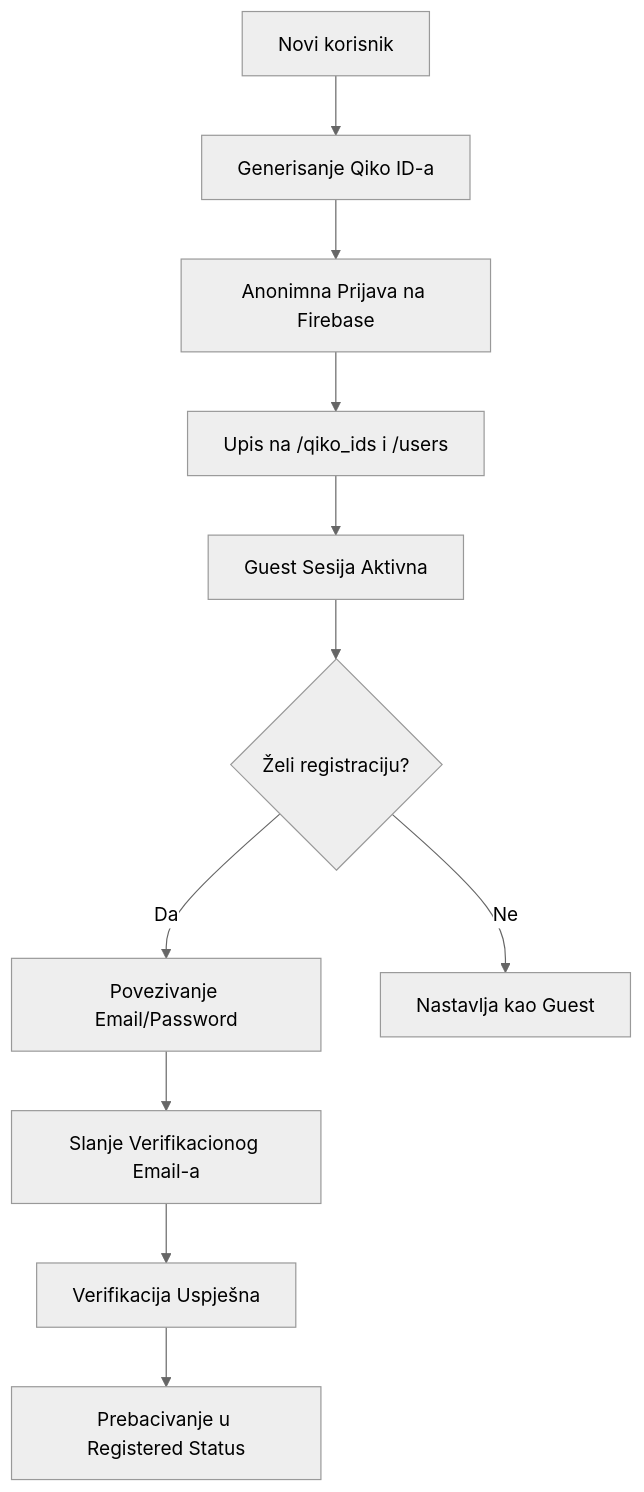
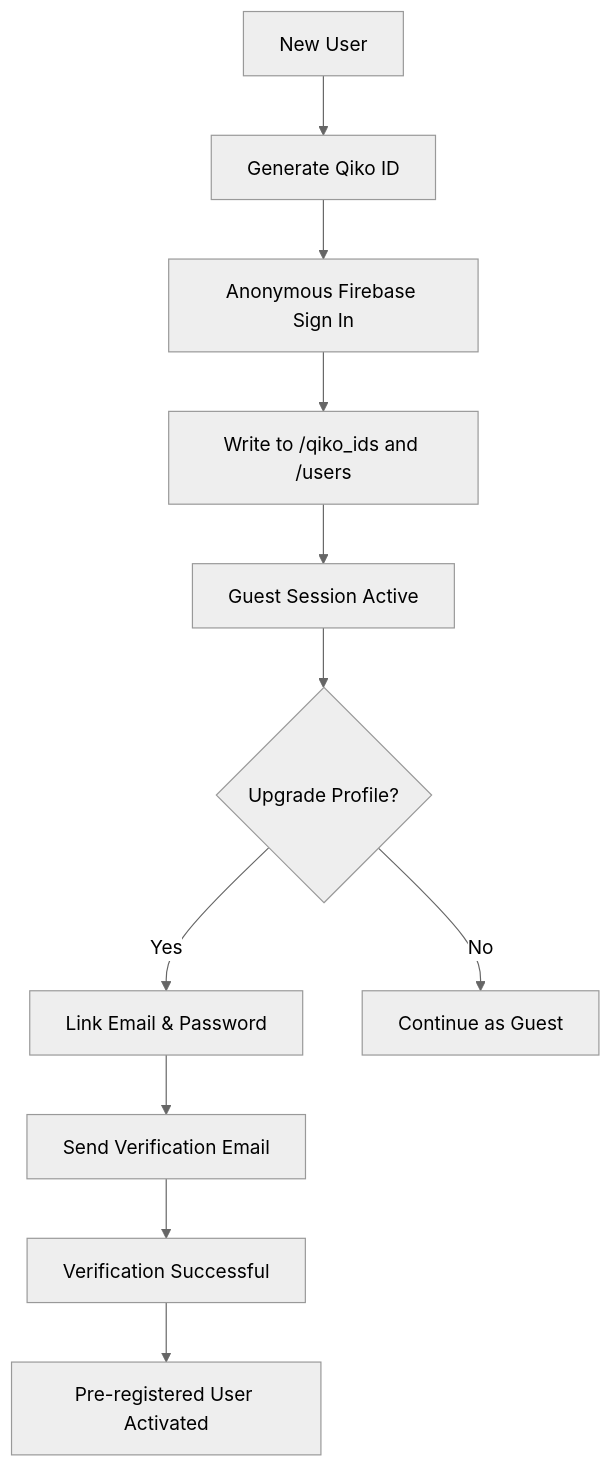
One commit to Iris94/Qiko changed the second of 2 diagrams in guides/architecture.md. Above: the diagram before and after it, drawn with Mermaid (neutral theme). The commit also changed other lines of this file and 2 other files, not shown here.

````diff
--- a/guides/architecture.md
+++ b/guides/architecture.md
@@ -37,13 +42,13 @@
 ```mermaid
 graph TD
-    A[Novi korisnik] --> B[Generisanje Qiko ID-a]
-    B --> C[Anonimna Prijava na Firebase]
-    C --> D[Upis na /qiko_ids i /users]
-    D --> E[Guest Sesija Aktivna]
-    E --> F{Želi registraciju?}
-    F -->|Da| G[Povezivanje Email/Password]
-    G --> H[Slanje Verifikacionog Email-a]
-    H --> I[Verifikacija Uspješna]
-    I --> J[Prebacivanje u Registered Status]
-    F -->|Ne| K[Nastavlja kao Guest]
+    A[New User] --> B[Generate Qiko ID]
+    B --> C[Anonymous Firebase Sign In]
+    C --> D[Write to /qiko_ids and /users]
+    D --> E[Guest Session Active]
+    E --> F{Upgrade Profile?}
+    F -->|Yes| G[Link Email & Password]
+    G --> H[Send Verification Email]
+    H --> I[Verification Successful]
+    I --> J[Pre-registered User Activated]
+    F -->|No| K[Continue as Guest]
 ```
````
